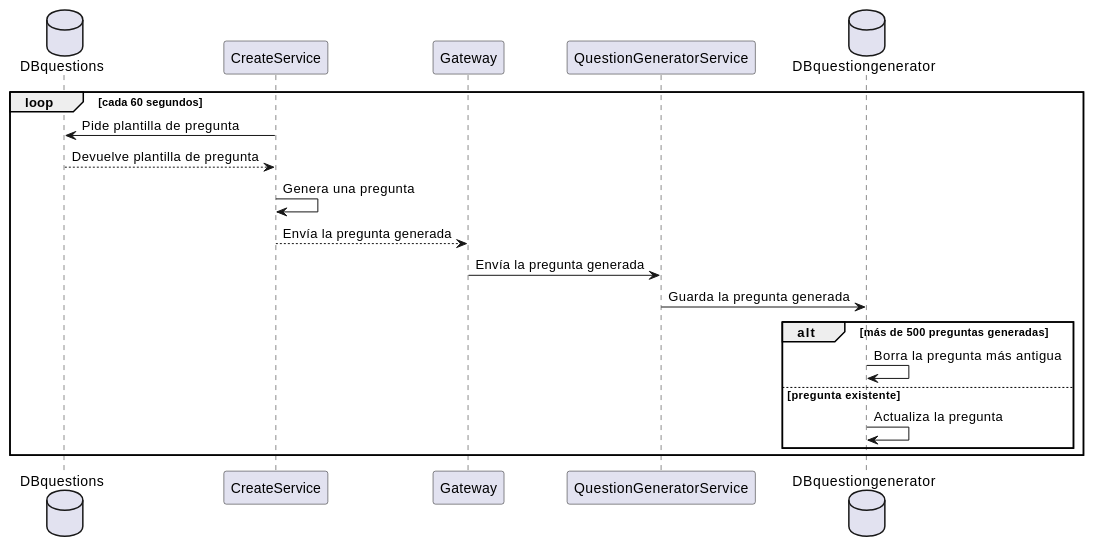
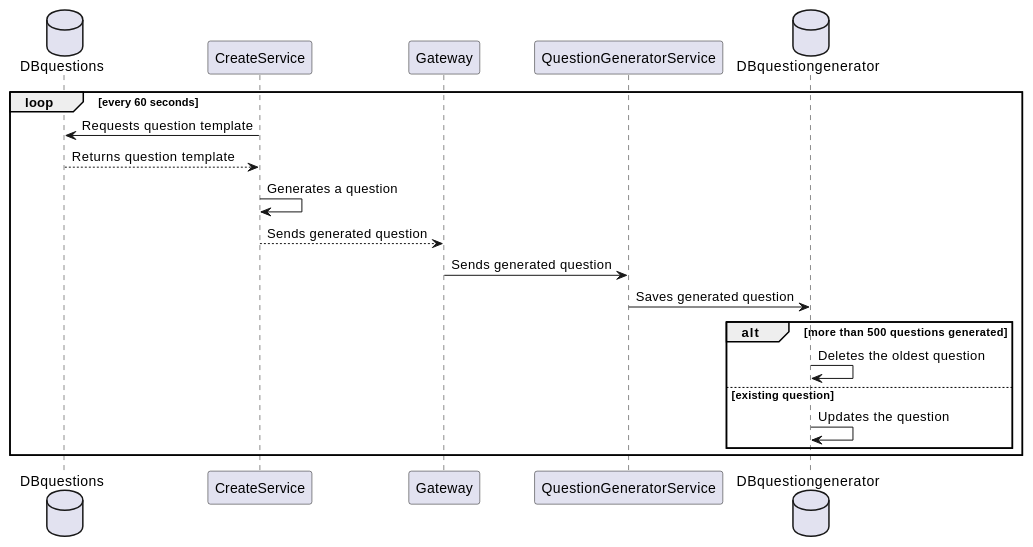
Before and after one commit to Arquisoft/wichat_es6b: the third of 5 diagrams in docs/src/06_runtime_view.adoc, drawn with PlantUML. The commit also changed other lines of this file, not shown here.

```diff
--- a/docs/src/06_runtime_view.adoc
+++ b/docs/src/06_runtime_view.adoc
@@ -99,22 +99,22 @@
 [plantuml, question_generation, png]
 ----
 database DBquestions
 participant CreateService
 participant Gateway
 participant QuestionGeneratorService
 database DBquestiongenerator
 
-loop cada 60 segundos
-    CreateService -> DBquestions: Pide plantilla de pregunta
-    CreateService <-- DBquestions: Devuelve plantilla de pregunta
-    CreateService -> CreateService: Genera una pregunta
-    Gateway <-- CreateService: Envía la pregunta generada
-    Gateway -> QuestionGeneratorService: Envía la pregunta generada
-    QuestionGeneratorService -> DBquestiongenerator: Guarda la pregunta generada
-    alt más de 500 preguntas generadas
-        DBquestiongenerator -> DBquestiongenerator: Borra la pregunta más antigua
-    else pregunta existente
-        DBquestiongenerator -> DBquestiongenerator: Actualiza la pregunta
+loop every 60 seconds
+    CreateService -> DBquestions: Requests question template
+    CreateService <-- DBquestions: Returns question template
+    CreateService -> CreateService: Generates a question
+    Gateway <-- CreateService: Sends generated question
+    Gateway -> QuestionGeneratorService: Sends generated question
+    QuestionGeneratorService -> DBquestiongenerator: Saves generated question
+    alt more than 500 questions generated
+        DBquestiongenerator -> DBquestiongenerator: Deletes the oldest question
+    else existing question
+        DBquestiongenerator -> DBquestiongenerator: Updates the question
     end
 end
 ----
```
